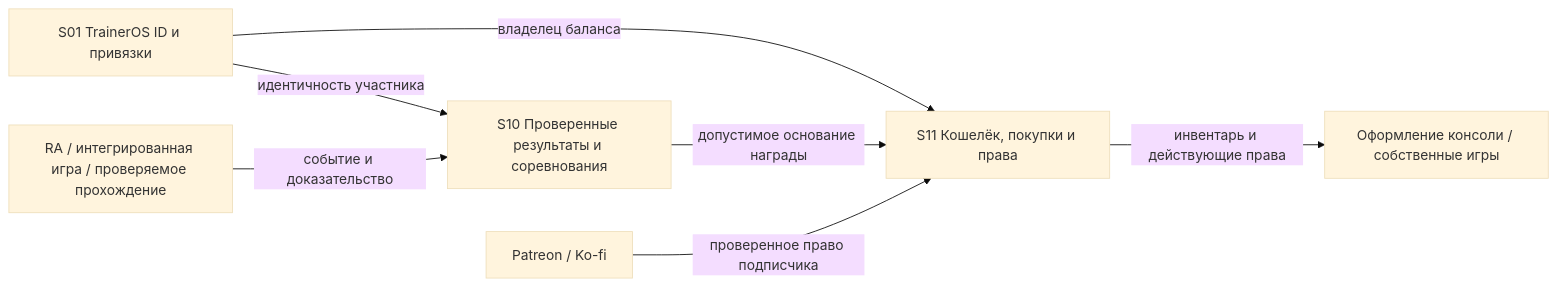
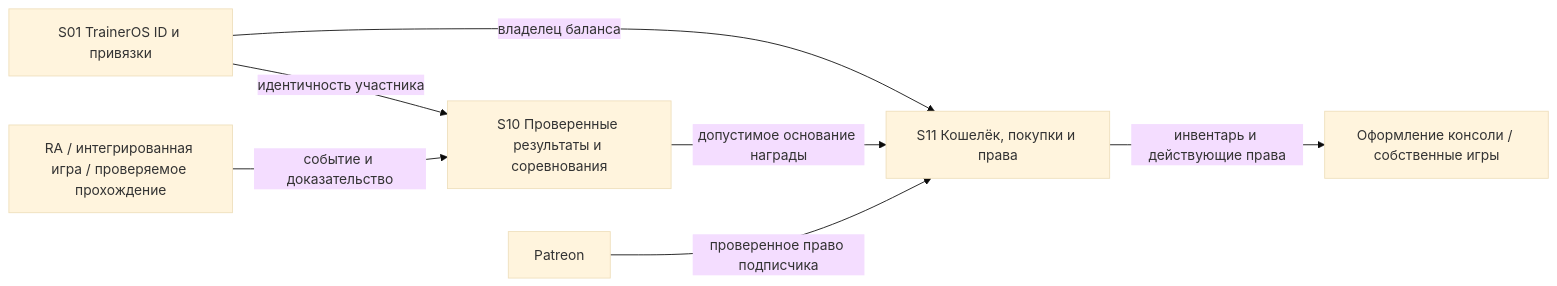
One commit to EriArk/TrainerOS changed the second of 3 diagrams in docs/STRUCTURE_MAP_RU.md. Above: the diagram before and after it, drawn with Mermaid (base theme). The commit also changed other lines of this file and 16 other files, not shown here.

Commit message:
Keep Patreon as the only support provider

````diff
--- a/docs/STRUCTURE_MAP_RU.md
+++ b/docs/STRUCTURE_MAP_RU.md
@@ -225,15 +225,15 @@
 ```mermaid
 flowchart LR
     Identity["S01 TrainerOS ID и привязки"]
     Sources["RA / интегрированная игра / проверяемое прохождение"]
     Verified["S10 Проверенные результаты и соревнования"]
     Economy["S11 Кошелёк, покупки и права"]
-    Support["Patreon / Ko-fi"]
+    Support["Patreon"]
     Consumer["Оформление консоли / собственные игры"]
     Identity -->|идентичность участника| Verified
     Identity -->|владелец баланса| Economy
     Sources -->|событие и доказательство| Verified
     Verified -->|допустимое основание награды| Economy
     Support -->|проверенное право подписчика| Economy
     Economy -->|инвентарь и действующие права| Consumer
 ```
````
